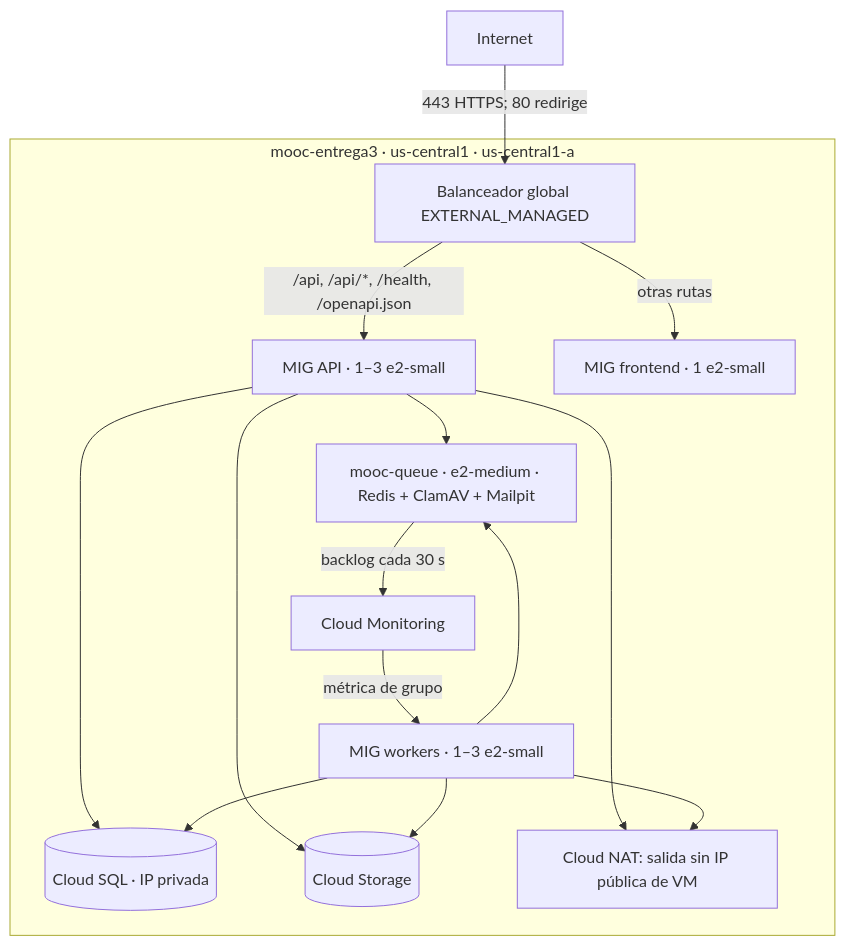
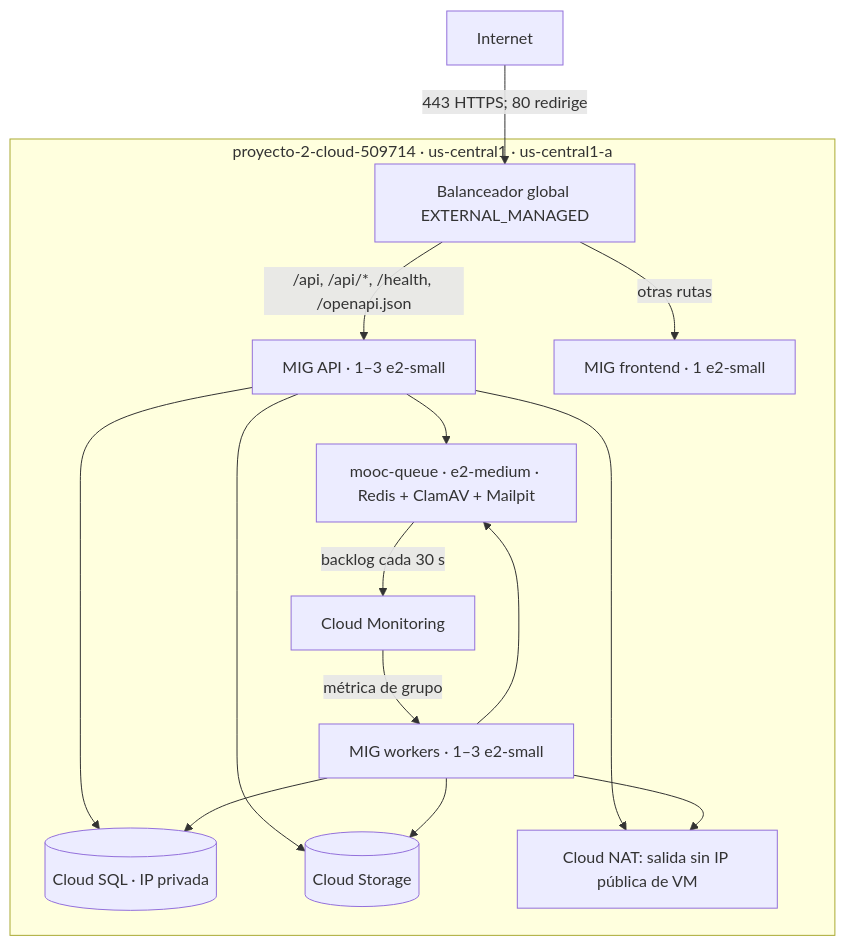
Before and after one commit to Cloud-Grupo8-202620/Proyecto-MOOC-Cloud: the diagram in docs/entrega3/diagramas/despliegue.mmd, drawn with Mermaid. The commit also changed 8 other files, not shown here.

```diff
--- a/docs/entrega3/diagramas/despliegue.mmd
+++ b/docs/entrega3/diagramas/despliegue.mmd
@@ -1,16 +1,16 @@
 flowchart TB
   Internet -->|443 HTTPS; 80 redirige| LB[Balanceador global EXTERNAL_MANAGED]
-  subgraph GCP[mooc-entrega3 · us-central1 · us-central1-a]
+  subgraph GCP[proyecto-2-cloud-509714 · us-central1 · us-central1-a]
     LB -->|/api, /api/*, /health, /openapi.json| API[MIG API · 1–3 e2-small]
     LB -->|otras rutas| FE[MIG frontend · 1 e2-small]
     API --> Q[mooc-queue · e2-medium · Redis + ClamAV + Mailpit]
     W[MIG workers · 1–3 e2-small] --> Q
     API --> SQL[(Cloud SQL · IP privada)]
     W --> SQL
     API --> OBJ[(Cloud Storage)]
     W --> OBJ
     Q -->|backlog cada 30 s| MON[Cloud Monitoring]
     MON -->|métrica de grupo| W
     API --> NAT[Cloud NAT: salida sin IP pública de VM]
     W --> NAT
   end
```
